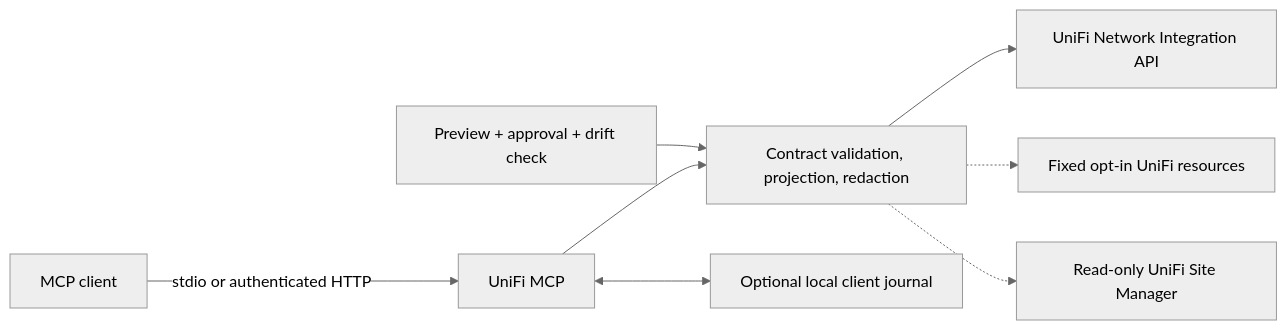
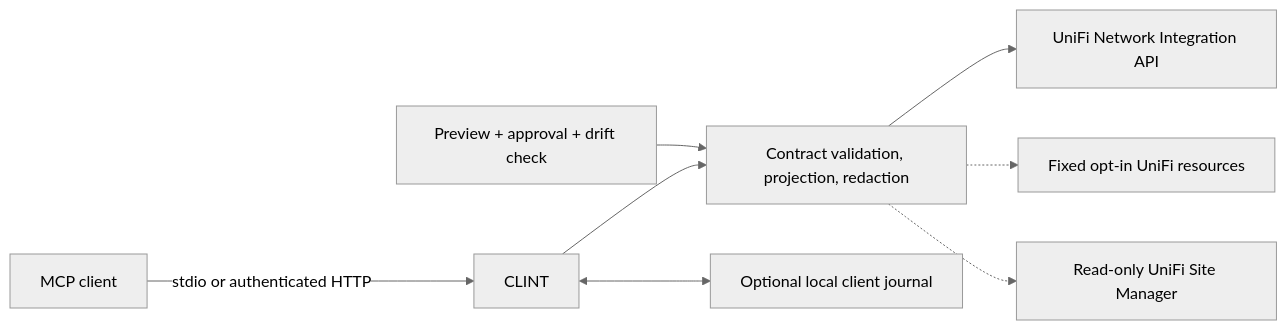
The diagram in README.md (clintbnyc/NOCSmith), drawn with Mermaid (neutral theme) before and after one commit. The commit also changed other lines of this file and 9 other files, not shown here.

````diff
--- a/README.md
+++ b/README.md
@@ -69,10 +72,10 @@
 ```mermaid
 flowchart LR
-    client["MCP client"] -->|stdio or authenticated HTTP| server["UniFi MCP"]
+    client["MCP client"] -->|stdio or authenticated HTTP| server["CLINT"]
     server --> guard["Contract validation, projection, redaction"]
     guard --> local["UniFi Network Integration API"]
     guard -.-> private["Fixed opt-in UniFi resources"]
     guard -.-> cloud["Read-only UniFi Site Manager"]
     server <--> journal["Optional local client journal"]
     preview["Preview + approval + drift check"] --> guard
 ```
````
